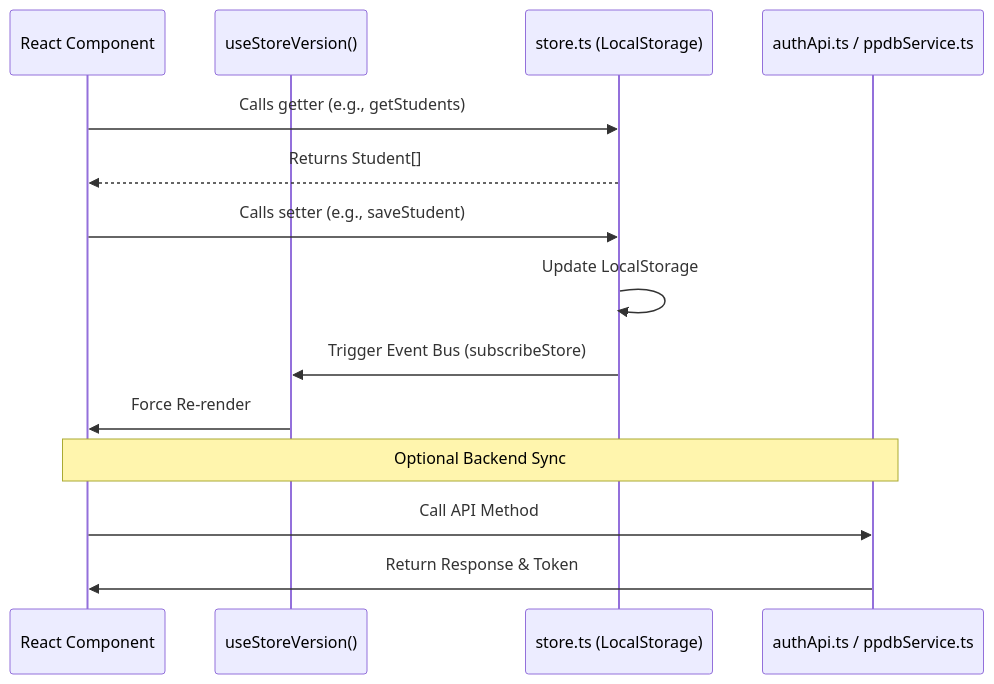
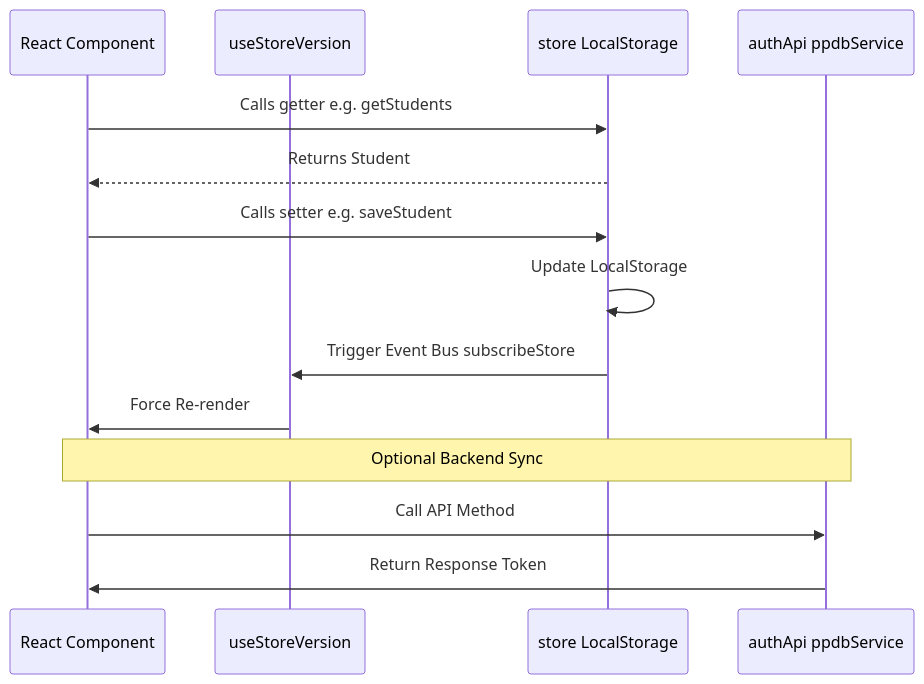
Before and after one commit to Delta-Polder-Indonesia/siakad-sekolah: the tenth of 24 diagrams in README.md, drawn with Mermaid. The commit also changed other lines of this file and 13 other files, not shown here.

````diff
--- a/README.md
+++ b/README.md
@@ -613,19 +613,19 @@
 ```mermaid
 sequenceDiagram
     participant UI as React Component
-    participant Hook as useStoreVersion()
-    participant Store as store.ts (LocalStorage)
-    participant API as authApi.ts / ppdbService.ts
+    participant Hook as useStoreVersion
+    participant Store as store LocalStorage
+    participant API as authApi ppdbService
 
-    UI->>Store: Calls getter (e.g., getStudents)
-    Store-->>UI: Returns Student[]
+    UI->>Store: Calls getter e.g. getStudents
+    Store-->>UI: Returns Student
 
-    UI->>Store: Calls setter (e.g., saveStudent)
+    UI->>Store: Calls setter e.g. saveStudent
     Store->>Store: Update LocalStorage
-    Store->>Hook: Trigger Event Bus (subscribeStore)
+    Store->>Hook: Trigger Event Bus subscribeStore
     Hook->>UI: Force Re-render
 
     Note over UI,API: Optional Backend Sync
     UI->>API: Call API Method
-    API->>UI: Return Response & Token
+    API->>UI: Return Response Token
 ```
````
